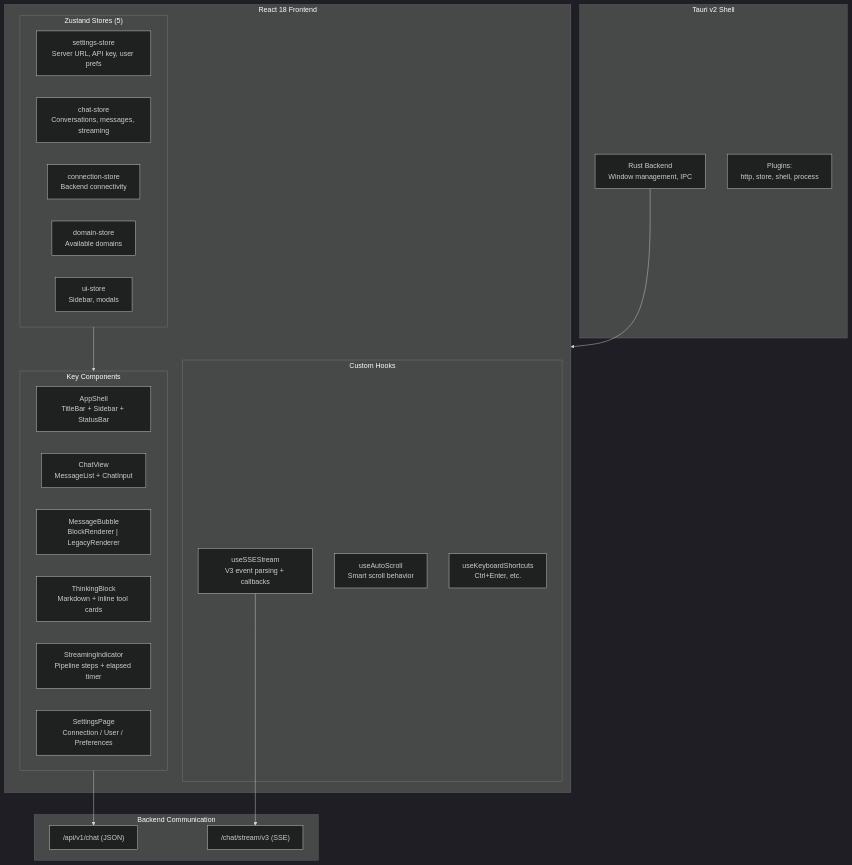
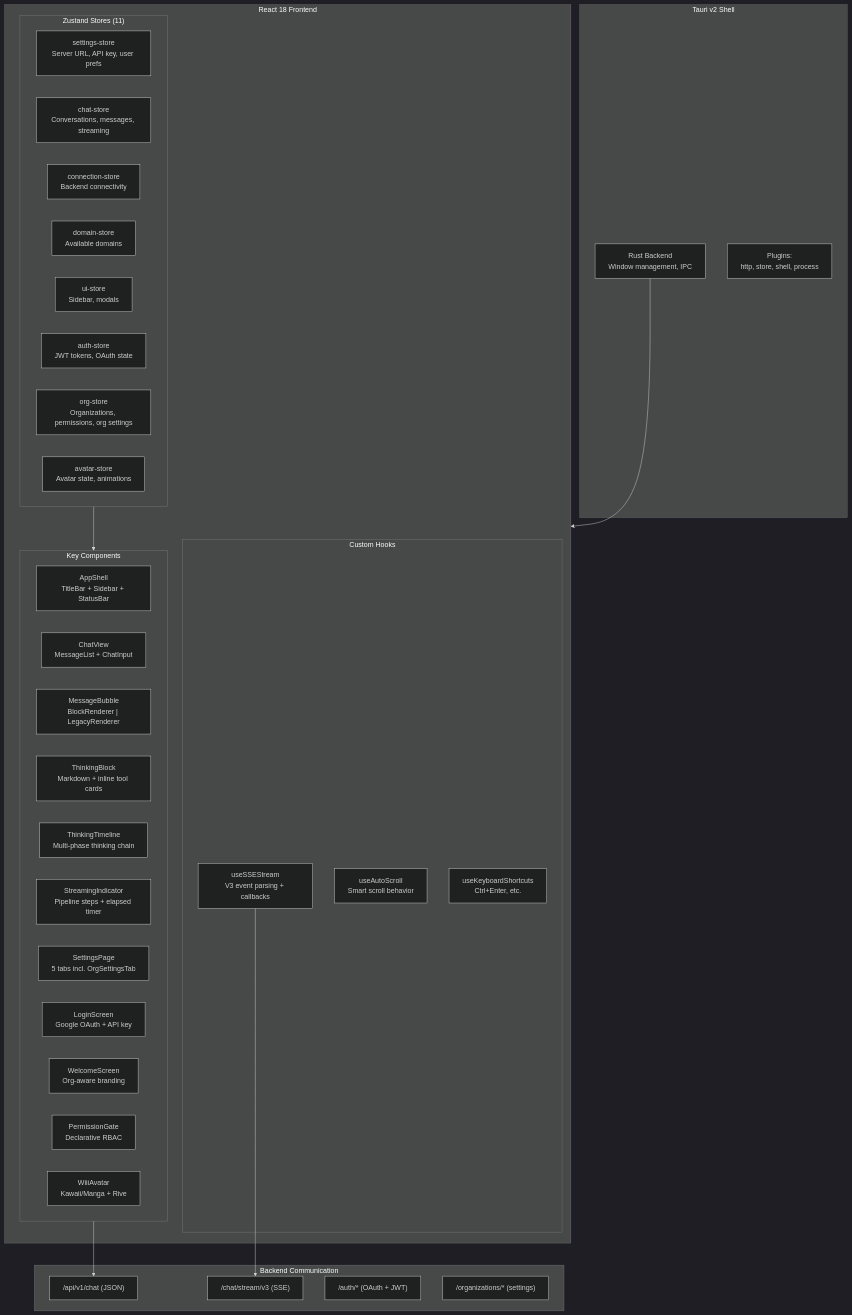
Diagram 22 of 24 in maritime-ai-service/docs/architecture/SYSTEM_ARCHITECTURE.md (meiiie/wiii), drawn with Mermaid (dark theme) before and after one commit. The commit also changed other lines of this file and 175 other files, not shown here.

````diff
--- a/maritime-ai-service/docs/architecture/SYSTEM_ARCHITECTURE.md
+++ b/maritime-ai-service/docs/architecture/SYSTEM_ARCHITECTURE.md
@@ -1123,42 +1535,52 @@
 ```mermaid
 flowchart TB
     subgraph Tauri["Tauri v2 Shell"]
         RUST["Rust Backend<br/>Window management, IPC"]
         PLUGINS["Plugins:<br/>http, store, shell, process"]
     end
 
     subgraph React["React 18 Frontend"]
-        subgraph Stores["Zustand Stores (5)"]
+        subgraph Stores["Zustand Stores (11)"]
             S1["settings-store<br/>Server URL, API key, user prefs"]
             S2["chat-store<br/>Conversations, messages, streaming"]
             S3["connection-store<br/>Backend connectivity"]
             S4["domain-store<br/>Available domains"]
             S5["ui-store<br/>Sidebar, modals"]
+            S6["auth-store<br/>JWT tokens, OAuth state"]
+            S7["org-store<br/>Organizations, permissions, org settings"]
+            S8["avatar-store<br/>Avatar state, animations"]
         end
 
         subgraph Components["Key Components"]
             SHELL["AppShell<br/>TitleBar + Sidebar + StatusBar"]
             CHAT["ChatView<br/>MessageList + ChatInput"]
             BUBBLE["MessageBubble<br/>BlockRenderer | LegacyRenderer"]
             THINK["ThinkingBlock<br/>Markdown + inline tool cards"]
+            TIMELINE["ThinkingTimeline<br/>Multi-phase thinking chain"]
             STREAM["StreamingIndicator<br/>Pipeline steps + elapsed timer"]
-            SETTINGS["SettingsPage<br/>Connection / User / Preferences"]
+            SETTINGS["SettingsPage<br/>5 tabs incl. OrgSettingsTab"]
+            LOGIN["LoginScreen<br/>Google OAuth + API key"]
+            WELCOME["WelcomeScreen<br/>Org-aware branding"]
+            PERM_GATE["PermissionGate<br/>Declarative RBAC"]
+            AVATAR["WiiiAvatar<br/>Kawaii/Manga + Rive"]
         end
 
         subgraph Hooks["Custom Hooks"]
             H1["useSSEStream<br/>V3 event parsing + callbacks"]
             H2["useAutoScroll<br/>Smart scroll behavior"]
             H3["useKeyboardShortcuts<br/>Ctrl+Enter, etc."]
         end
     end
 
     subgraph Backend["Backend Communication"]
         HTTP_C["/api/v1/chat (JSON)"]
         SSE_C["/chat/stream/v3 (SSE)"]
+        AUTH_C["/auth/* (OAuth + JWT)"]
+        ORG_C["/organizations/* (settings)"]
     end
 
     RUST --> React
     Stores --> Components
     H1 --> SSE_C
     Components --> HTTP_C
 ```
````
